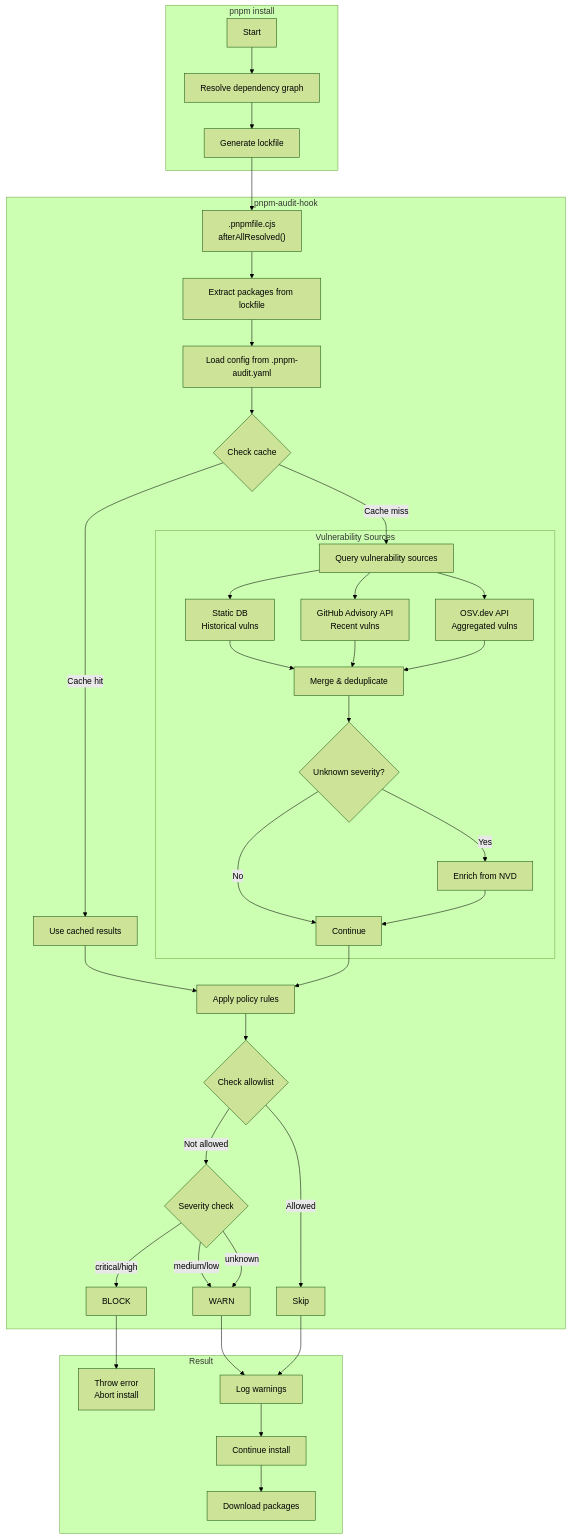
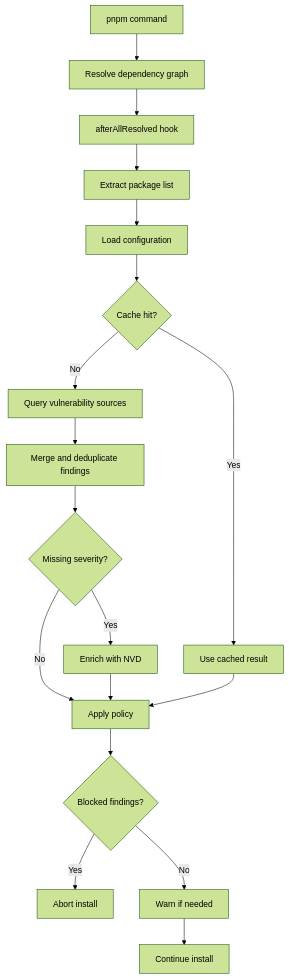
The second of 6 diagrams in README.md (asx8678/pnpm-audit-hook), drawn with Mermaid (forest theme) before and after one commit. The commit also changed other lines of this file and 1 other file, not shown here.

````diff
--- a/README.md
+++ b/README.md
@@ -166,46 +171,20 @@
 ```mermaid
 flowchart TD
-    subgraph PNPM["pnpm install"]
-        A[Start] --> B[Resolve dependency graph]
-        B --> C[Generate lockfile]
-    end
-
-    subgraph HOOK["pnpm-audit-hook"]
-        C --> D[".pnpmfile.cjs<br/>afterAllResolved()"]
-        D --> E[Extract packages from lockfile]
-        E --> F[Load config from .pnpm-audit.yaml]
-        F --> G{Check cache}
-        G -->|Cache hit| H[Use cached results]
-        G -->|Cache miss| I[Query vulnerability sources]
-
-        subgraph SOURCES["Vulnerability Sources"]
-            I --> J[Static DB<br/>Historical vulns]
-            I --> K[GitHub Advisory API<br/>Recent vulns]
-            I --> K2[OSV.dev API<br/>Aggregated vulns]
-            J --> L[Merge & deduplicate]
-            K --> L
-            K2 --> L
-            L --> M{Unknown severity?}
-            M -->|Yes| N[Enrich from NVD]
-            M -->|No| O[Continue]
-            N --> O
-        end
-
-        H --> P[Apply policy rules]
-        O --> P
-        P --> Q{Check allowlist}
-        Q -->|Allowed| R[Skip]
-        Q -->|Not allowed| S{Severity check}
-        S -->|critical/high| T[BLOCK]
-        S -->|medium/low| U[WARN]
-        S -->|unknown| U
-    end
-
-    subgraph RESULT["Result"]
-        T --> V[Throw error<br/>Abort install]
-        U --> W[Log warnings]
-        R --> W
-        W --> X[Continue install]
-        X --> Y[Download packages]
-    end
+    A[pnpm command] --> B[Resolve dependency graph]
+    B --> C[afterAllResolved hook]
+    C --> D[Extract package list]
+    D --> E[Load configuration]
+    E --> F{Cache hit?}
+    F -->|Yes| G[Use cached result]
+    F -->|No| H[Query vulnerability sources]
+    H --> I[Merge and deduplicate findings]
+    I --> J{Missing severity?}
+    J -->|Yes| K[Enrich with NVD]
+    J -->|No| L[Apply policy]
+    K --> L
+    G --> L
+    L --> M{Blocked findings?}
+    M -->|Yes| N[Abort install]
+    M -->|No| O[Warn if needed]
+    O --> P[Continue install]
 ```
````
